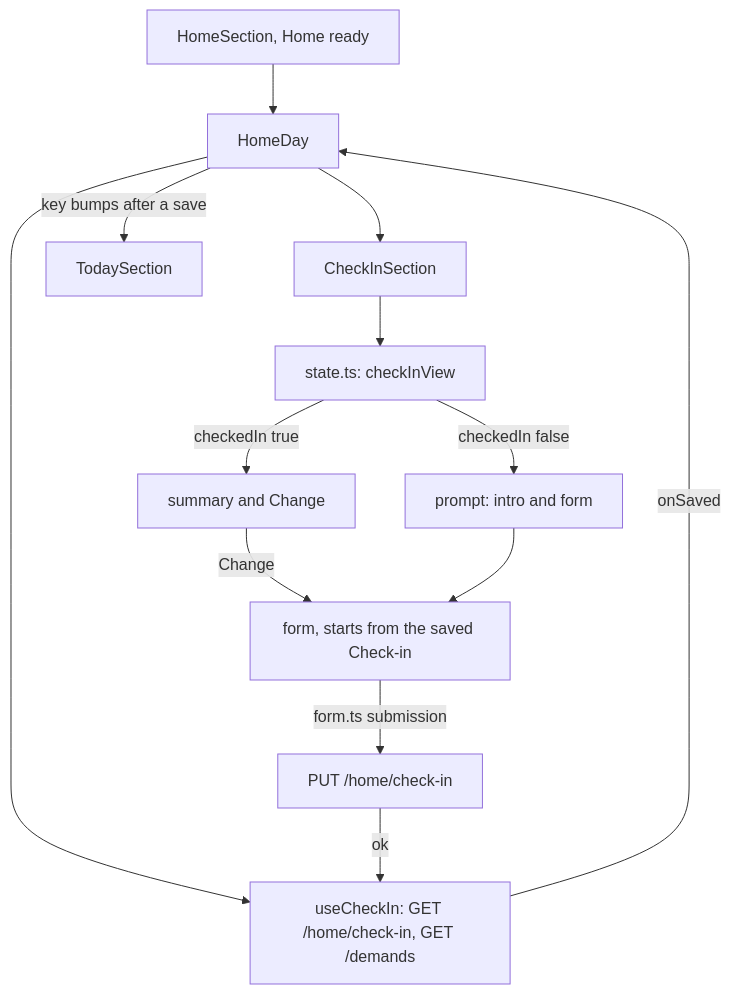
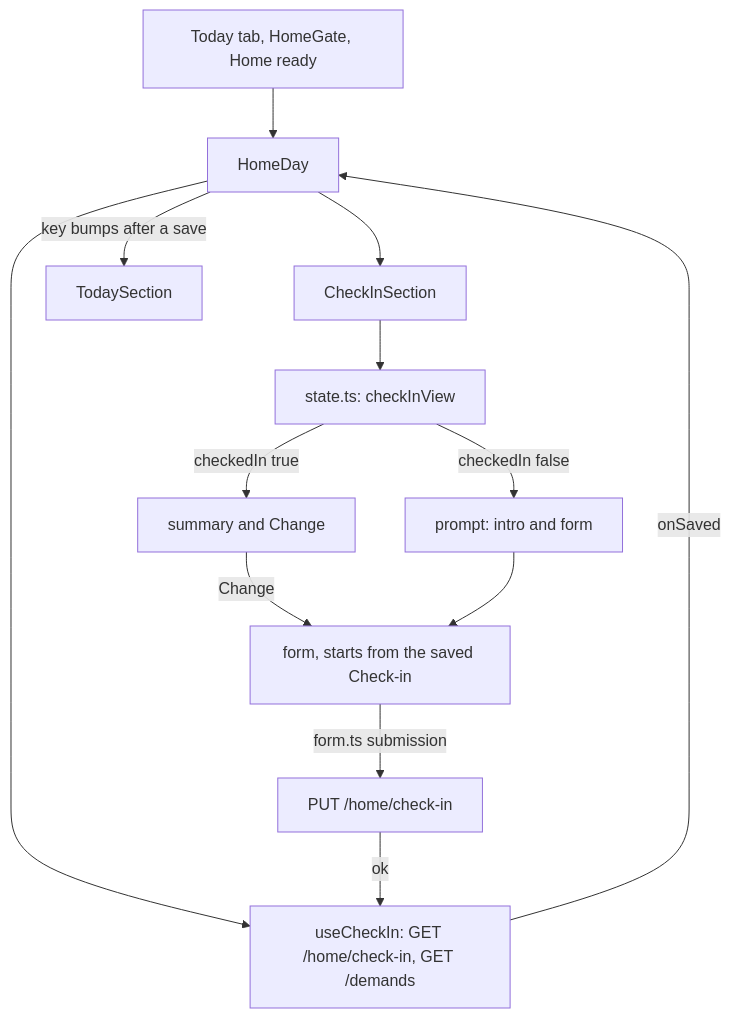
One commit to AbnerWillclefy/Homeowner changed the ninth of 10 diagrams in docs/architecture/web.md. Above: the diagram before and after it, drawn with Mermaid. The commit also changed other lines of this file and 3 other files, not shown here.

Commit message:
docs(architecture): describe the router, shell and route guard

````diff
--- a/docs/architecture/web.md
+++ b/docs/architecture/web.md
@@ -278,15 +314,15 @@
 ```mermaid
 flowchart TD
-    HS[HomeSection, Home ready] --> HD[HomeDay]
+    HS[Today tab, HomeGate, Home ready] --> HD[HomeDay]
     HD --> UC[useCheckIn: GET /home/check-in, GET /demands]
     HD --> CS[CheckInSection]
     HD -->|key bumps after a save| TS[TodaySection]
     CS --> V[state.ts: checkInView]
     V -->|checkedIn false| P[prompt: intro and form]
     V -->|checkedIn true| SUM[summary and Change]
     SUM -->|Change| F[form, starts from the saved Check-in]
     P --> F
     F -->|form.ts submission| PUT[PUT /home/check-in]
     PUT -->|ok| UC
     UC -->|onSaved| HD
 ```
````
